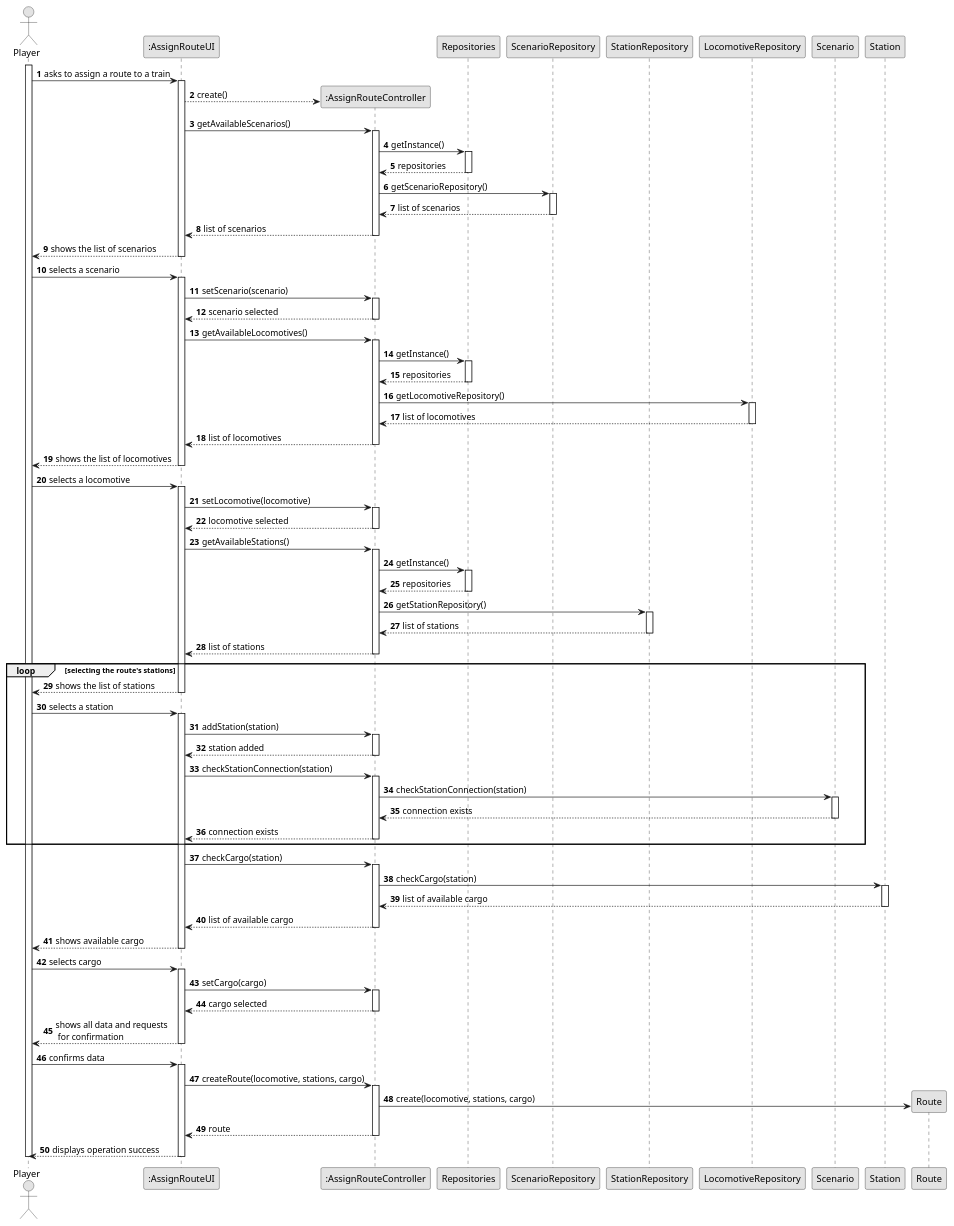
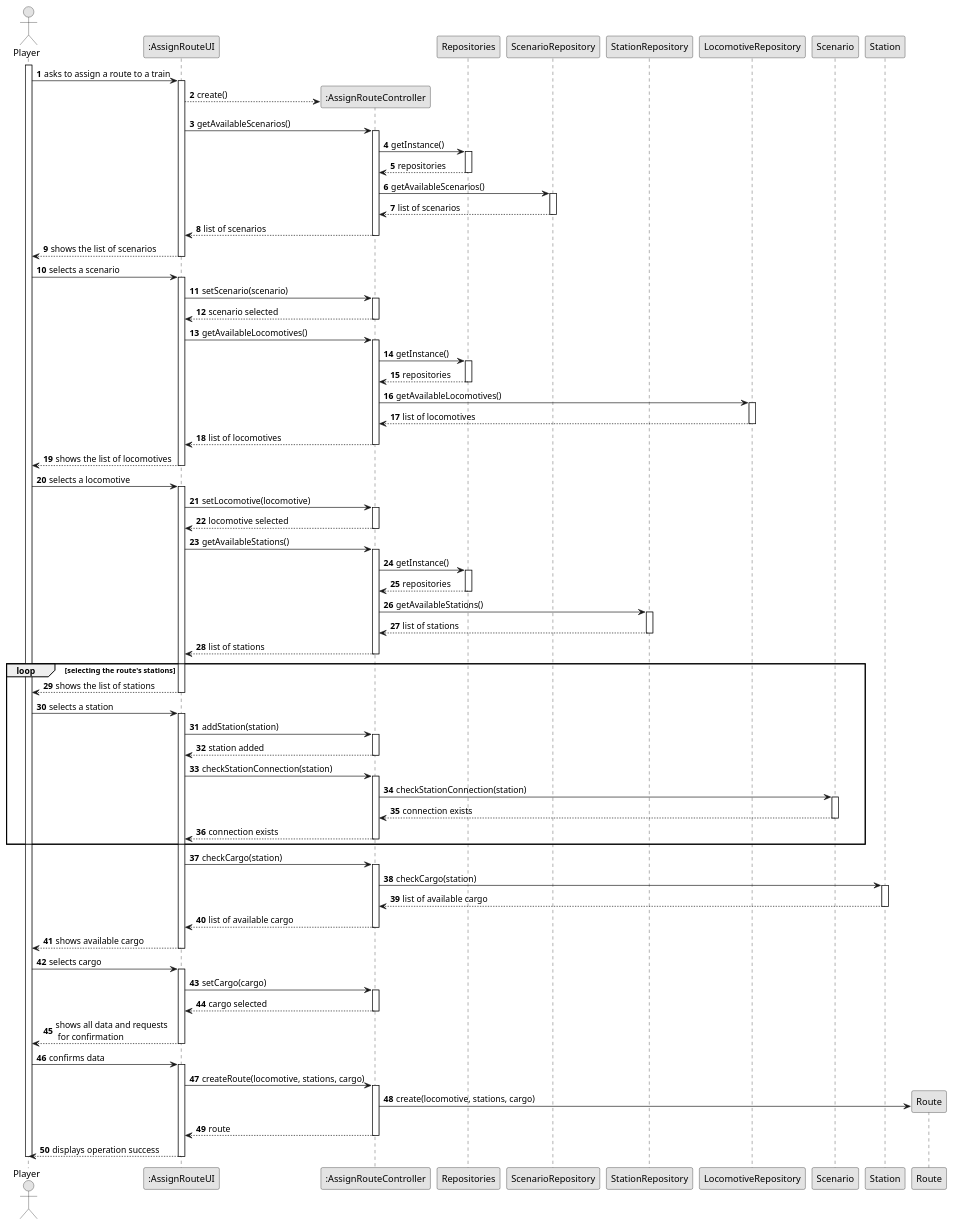
The diagram in Sprint2/US010/03.design/puml/US010-SD-full.puml (1240935/pi2-railway-simulator), drawn with PlantUML before and after one commit. The commit also changed 32 other files, not shown here.

```diff
--- a/Sprint2/US010/03.design/puml/US010-SD-full.puml
+++ b/Sprint2/US010/03.design/puml/US010-SD-full.puml
@@ -1,183 +1,183 @@
 @startuml
 skinparam monochrome true
 skinparam packageStyle rectangle
 skinparam shadowing false
 
 autonumber
 
  actor "Player" as PLAYER
     participant ":AssignRouteUI" as UI
     participant ":AssignRouteController" as CTRL
     participant "Repositories" as REPOS
     participant "ScenarioRepository" as SREPOS
     participant "StationRepository" as STREPOS
     participant "LocomotiveRepository" as LOCREPOS
     participant "Scenario" as SCENARIO
     participant "Station" as STATION
     participant "Route" as ROUTE
 
     activate PLAYER
 
     PLAYER -> UI : asks to assign a route to a train
     activate UI
 
     UI --> CTRL** : create()
 
     UI -> CTRL : getAvailableScenarios()
     activate CTRL
 
     CTRL -> REPOS : getInstance()
     activate REPOS
 
     REPOS --> CTRL: repositories
 
     deactivate REPOS
 
-    CTRL -> SREPOS : getScenarioRepository()
+    CTRL -> SREPOS : getAvailableScenarios()
     activate SREPOS
 
     SREPOS --> CTRL : list of scenarios
 
     deactivate SREPOS
     CTRL --> UI : list of scenarios
     deactivate CTRL
 
     UI --> PLAYER : shows the list of scenarios
     deactivate UI
 
     PLAYER -> UI : selects a scenario
     activate UI
 
     UI -> CTRL :setScenario(scenario)
 
     activate CTRL
 
     CTRL --> UI : scenario selected
 
     deactivate CTRL
 
 
         UI -> CTRL : getAvailableLocomotives()
         activate CTRL
 
         CTRL -> REPOS : getInstance()
         activate REPOS
 
         REPOS --> CTRL: repositories
 
         deactivate REPOS
 
-        CTRL -> LOCREPOS : getLocomotiveRepository()
+        CTRL -> LOCREPOS : getAvailableLocomotives()
         activate LOCREPOS
 
         LOCREPOS --> CTRL : list of locomotives
         deactivate LOCREPOS
         CTRL --> UI : list of locomotives
         deactivate CTRL
 
         UI --> PLAYER : shows the list of locomotives
         deactivate UI
 
         PLAYER -> UI : selects a locomotive
         activate UI
 
         UI -> CTRL :setLocomotive(locomotive)
 
         activate CTRL
 
         CTRL --> UI : locomotive selected
 
         deactivate CTRL
 
         UI -> CTRL : getAvailableStations()
                 activate CTRL
 
                 CTRL -> REPOS : getInstance()
                 activate REPOS
 
                 REPOS --> CTRL: repositories
 
                 deactivate REPOS
 
-                CTRL -> STREPOS : getStationRepository()
+                CTRL -> STREPOS : getAvailableStations()
                 activate STREPOS
 
                 STREPOS --> CTRL : list of stations
 
                 deactivate STREPOS
                 CTRL --> UI : list of stations
                 deactivate CTRL
 
                 loop selecting the route's stations
 
                 UI --> PLAYER : shows the list of stations
                 deactivate UI
 
                 PLAYER -> UI : selects a station
                 activate UI
 
                 UI -> CTRL : addStation(station)
 
                 activate CTRL
 
                 CTRL --> UI : station added
 
                 deactivate CTRL
 
                 UI -> CTRL : checkStationConnection(station)
                 activate CTRL
 
                 CTRL -> SCENARIO : checkStationConnection(station)
                     activate SCENARIO
 
                     SCENARIO --> CTRL : connection exists
                     deactivate SCENARIO
 
                     CTRL --> UI : connection exists
                     deactivate CTRL
                     end loop
 
                 UI -> CTRL : checkCargo(station)
                 activate CTRL
 
                 CTRL -> STATION: checkCargo(station)
                 activate STATION
 
                 STATION --> CTRL : list of available cargo
                 deactivate STATION
 
                 CTRL --> UI : list of available cargo
                 deactivate CTRL
 
 
                 UI --> PLAYER : shows available cargo
                 deactivate UI
 
 
                 PLAYER -> UI : selects cargo
                 activate UI
 
                 UI -> CTRL : setCargo(cargo)
                 activate CTRL
 
                 CTRL --> UI : cargo selected
                 deactivate CTRL
 
     UI --> PLAYER: shows all data and requests \n for confirmation
     deactivate  UI
 
     PLAYER -> UI: confirms data
     activate UI
 
     UI -> CTRL : createRoute(locomotive, stations, cargo)
     activate CTRL
 
     CTRL -> ROUTE** : create(locomotive, stations, cargo)
 
     CTRL --> UI : route
     deactivate CTRL
 
     UI --> PLAYER : displays operation success
     deactivate UI
     deactivate PLAYER
 @enduml
```
